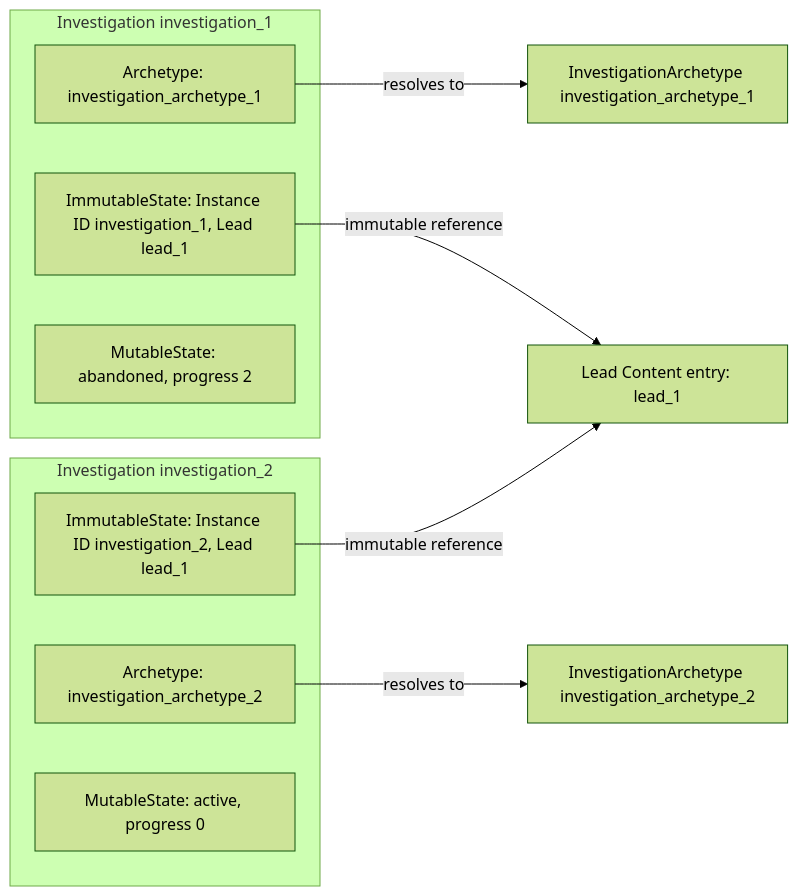
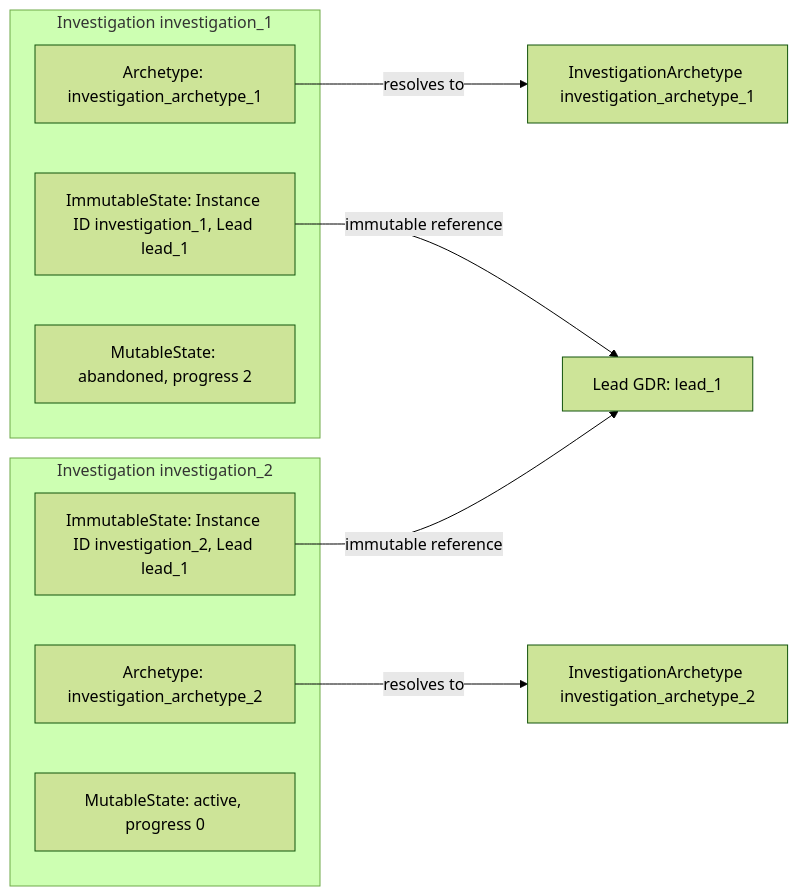
One commit to konrad-jamrozik/game-v5 changed the third of 3 diagrams in docs/specs/foundation/modeling-foundations.md. Above: the diagram before and after it, drawn with Mermaid (forest theme). The commit also changed other lines of this file and 17 other files, not shown here.

Commit message:
Rename Content entry to Game Data Record (GDR)

````diff
--- a/docs/specs/foundation/modeling-foundations.md
+++ b/docs/specs/foundation/modeling-foundations.md
@@ -357,20 +357,20 @@
 ```mermaid
 flowchart LR
-    lead_1["Lead Content entry: lead_1"]
+    lead_1["Lead GDR: lead_1"]
     investigation_archetype_1["InvestigationArchetype investigation_archetype_1"]
     investigation_archetype_2["InvestigationArchetype investigation_archetype_2"]
     subgraph investigation_1["Investigation investigation_1"]
         investigation_1_archetype["Archetype: investigation_archetype_1"]
         investigation_1_immutable_state["ImmutableState: Instance ID investigation_1, Lead lead_1"]
         investigation_1_mutable_state["MutableState: abandoned, progress 2"]
     end
     subgraph investigation_2["Investigation investigation_2"]
         investigation_2_archetype["Archetype: investigation_archetype_2"]
         investigation_2_immutable_state["ImmutableState: Instance ID investigation_2, Lead lead_1"]
         investigation_2_mutable_state["MutableState: active, progress 0"]
     end
     investigation_1_archetype -->|resolves to| investigation_archetype_1
     investigation_2_archetype -->|resolves to| investigation_archetype_2
     investigation_1_immutable_state -->|immutable reference| lead_1
     investigation_2_immutable_state -->|immutable reference| lead_1
 ```
````
